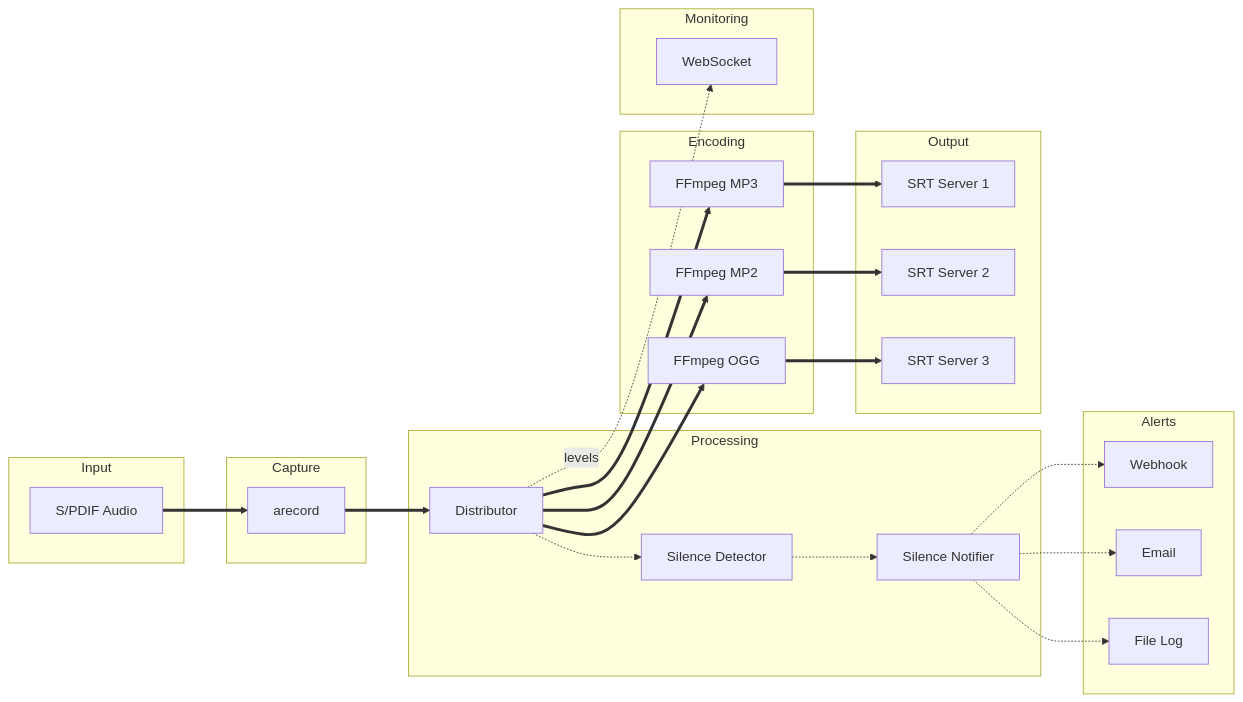
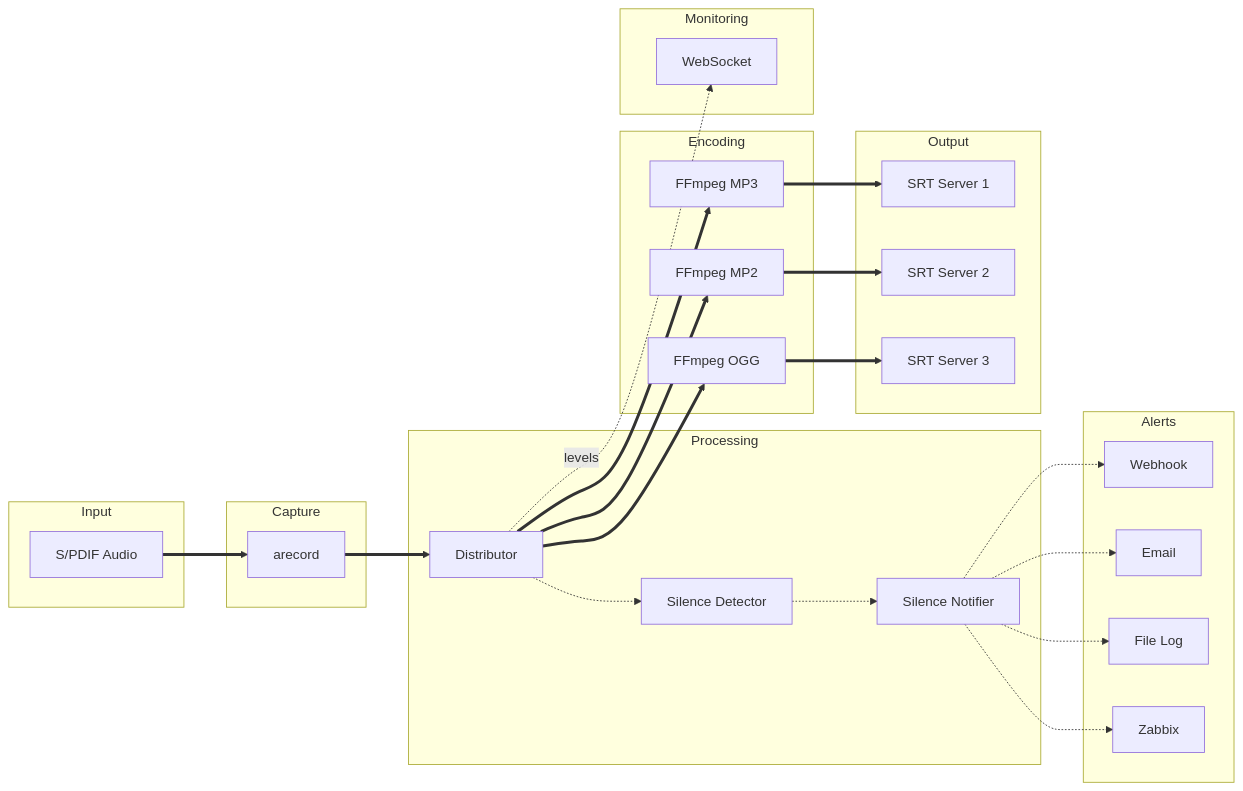
The first of 2 diagrams in README.md (PeWe79/rpi-audio-encoder), drawn with Mermaid before and after one commit. The commit also changed other lines of this file and 13 other files, not shown here.

````diff
--- a/README.md
+++ b/README.md
@@ -260,48 +303,50 @@
 ```mermaid
 flowchart LR
     subgraph Input
         A[S/PDIF Audio]
     end
 
     subgraph Capture
         B[arecord]
     end
 
     subgraph Processing
         C[Distributor]
         SD[Silence Detector]
         SN[Silence Notifier]
     end
 
     subgraph Encoding
         D1[FFmpeg MP3]
         D2[FFmpeg MP2]
         D3[FFmpeg OGG]
     end
 
     subgraph Output
         E1[SRT Server 1]
         E2[SRT Server 2]
         E3[SRT Server 3]
     end
 
     subgraph Monitoring
         F[WebSocket]
     end
 
     subgraph Alerts
         G1[Webhook]
         G2[Email]
         G3[File Log]
+        G4[Zabbix]
     end
 
     A ==> B ==> C
     C ==> D1 ==> E1
     C ==> D2 ==> E2
     C ==> D3 ==> E3
     C -.-> SD -.-> SN
     SN -.-> G1
     SN -.-> G2
     SN -.-> G3
+    SN -.-> G4
     C -.->|levels| F
 ```
````
